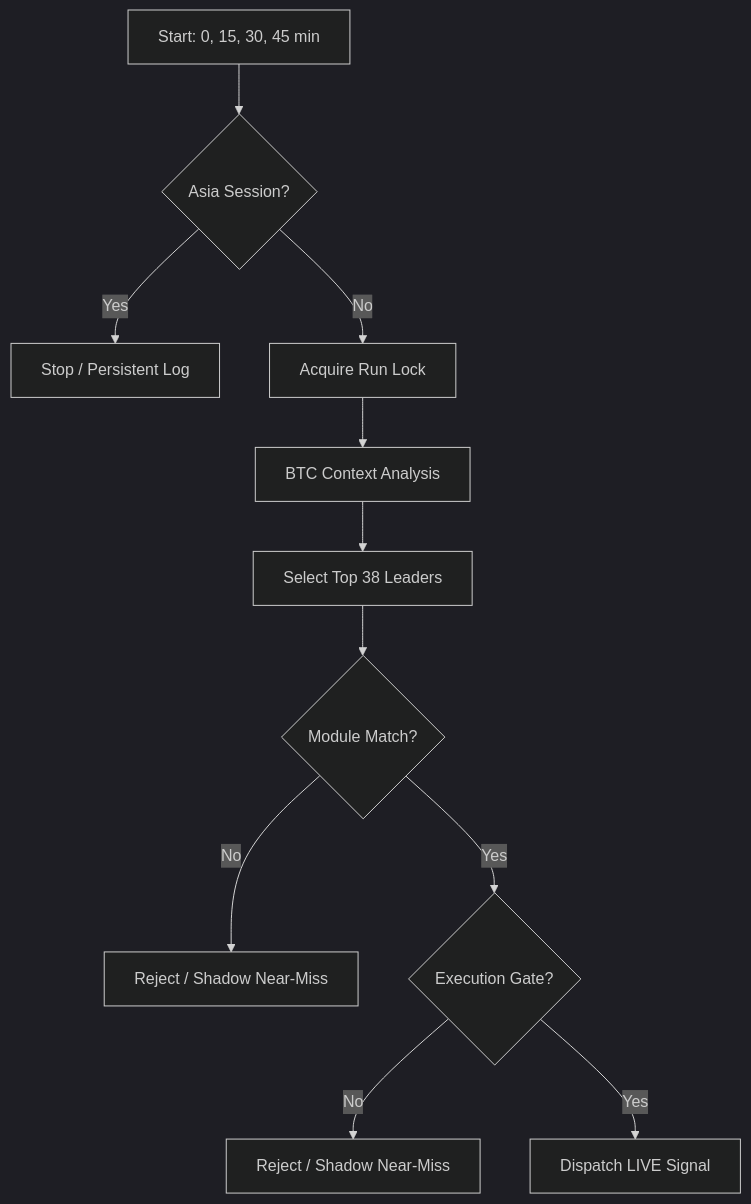
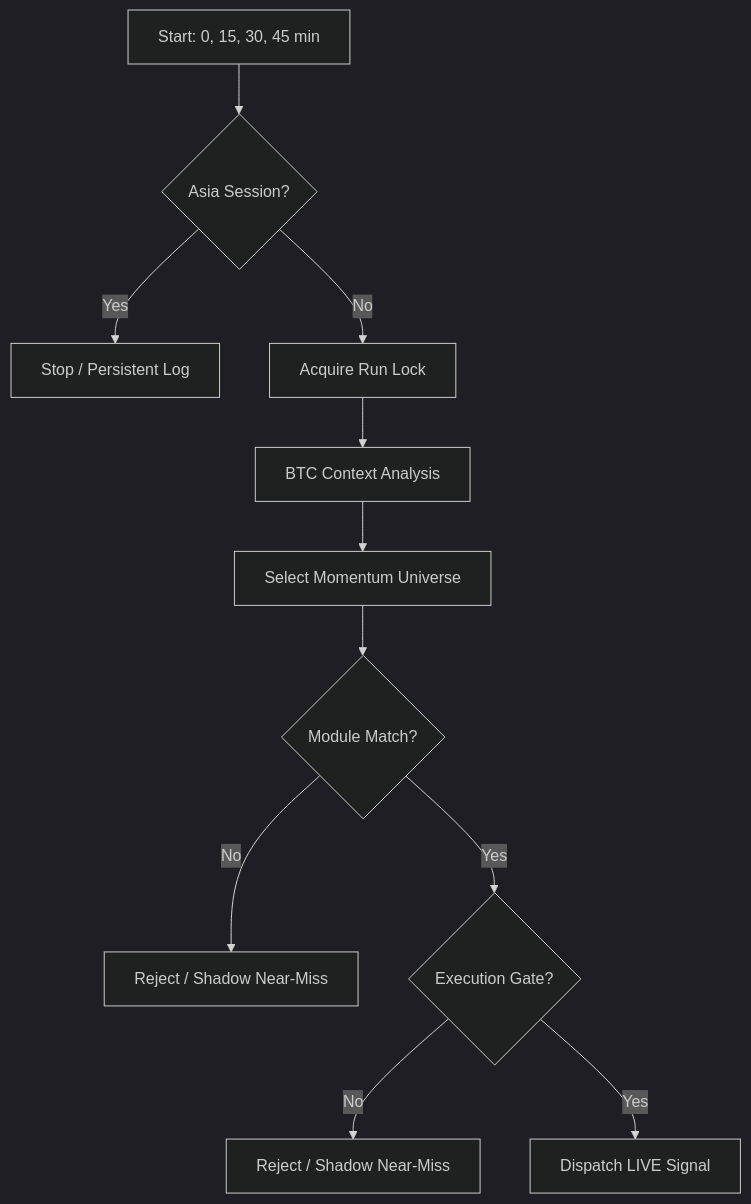
One commit to Cambixx/bot-trading changed the diagram in ALGO_DOCUMENTATION.md. Above: the diagram before and after it, drawn with Mermaid (dark theme). The commit also changed other lines of this file and 7 other files, not shown here.

````diff
--- a/ALGO_DOCUMENTATION.md
+++ b/ALGO_DOCUMENTATION.md
@@ -98,13 +93,13 @@
 ```mermaid
 graph TD
     A[Start: 0, 15, 30, 45 min] --> B{Asia Session?}
     B -- Yes --> C[Stop / Persistent Log]
     B -- No --> D[Acquire Run Lock]
     D --> E[BTC Context Analysis]
-    E --> F[Select Top 38 Leaders]
+    E --> F[Select Momentum Universe]
     F --> G{Module Match?}
     G -- No --> H[Reject / Shadow Near-Miss]
     G -- Yes --> I{Execution Gate?}
     I -- No --> J[Reject / Shadow Near-Miss]
     I -- Yes --> K[Dispatch LIVE Signal]
 ```
````
